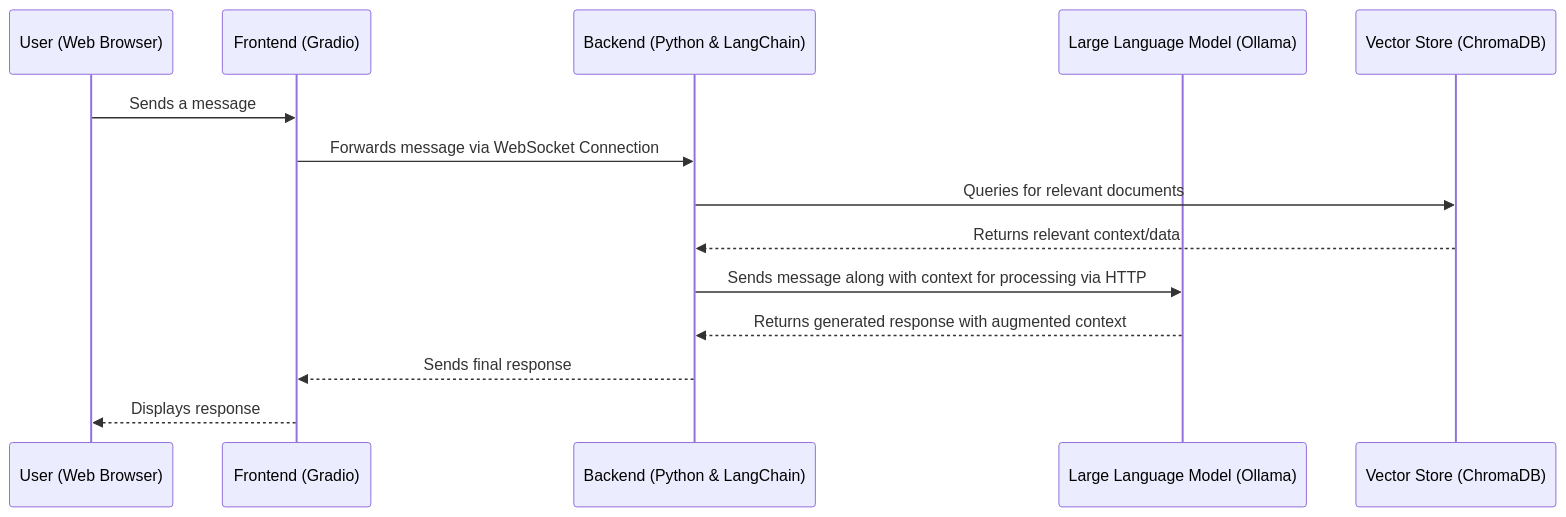
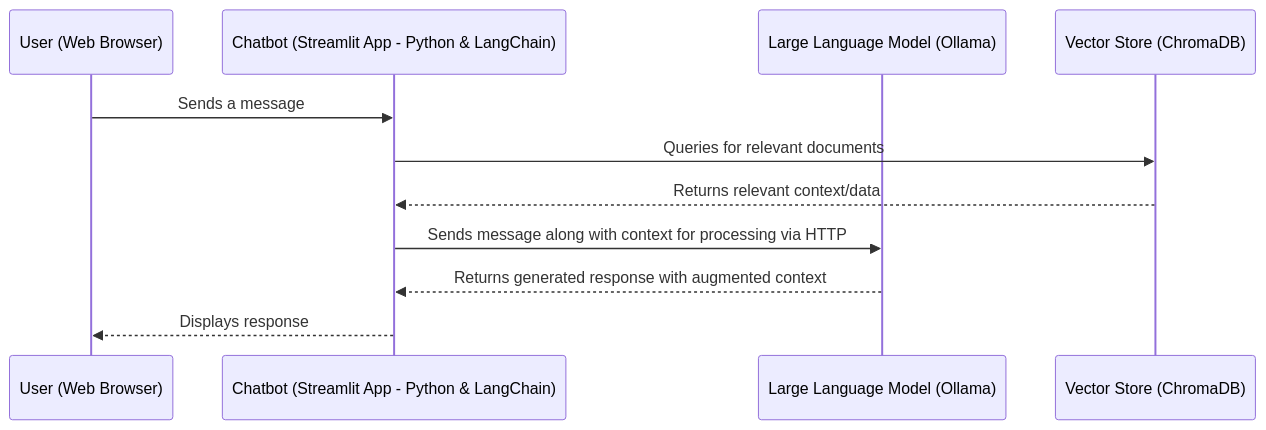
Before and after one commit to hse-digital-engineering/build-your-own-chatbot: the third of 3 diagrams in README.md, drawn with Mermaid. The commit also changed other lines of this file, not shown here.

````diff
--- a/README.md
+++ b/README.md
@@ -136,17 +131,14 @@
 ```mermaid
 sequenceDiagram
     participant User as User (Web Browser)
-    participant Frontend as Frontend (Gradio)
-    participant Backend as Backend (Python & LangChain)
+    participant Chatbot (Streamlit App - Python & LangChain)
     participant LLM as Large Language Model (Ollama)
     participant VectorStore as Vector Store (ChromaDB)
 
-    User->>Frontend: Sends a message
-    Frontend->>Backend: Forwards message via WebSocket Connection
-    Backend->>VectorStore: Queries for relevant documents
-    VectorStore-->>Backend: Returns relevant context/data
-    Backend->>LLM: Sends message along with context for processing via HTTP
-    LLM-->>Backend: Returns generated response with augmented context
-    Backend-->>Frontend: Sends final response
-    Frontend-->>User: Displays response
+    User->>Chatbot (Streamlit App - Python & LangChain): Sends a message
+    Chatbot (Streamlit App - Python & LangChain)->>VectorStore: Queries for relevant documents
+    VectorStore-->>Chatbot (Streamlit App - Python & LangChain): Returns relevant context/data
+    Chatbot (Streamlit App - Python & LangChain)->>LLM: Sends message along with context for processing via HTTP
+    LLM-->>Chatbot (Streamlit App - Python & LangChain): Returns generated response with augmented context
+    Chatbot (Streamlit App - Python & LangChain)-->>User: Displays response
 ```
````
